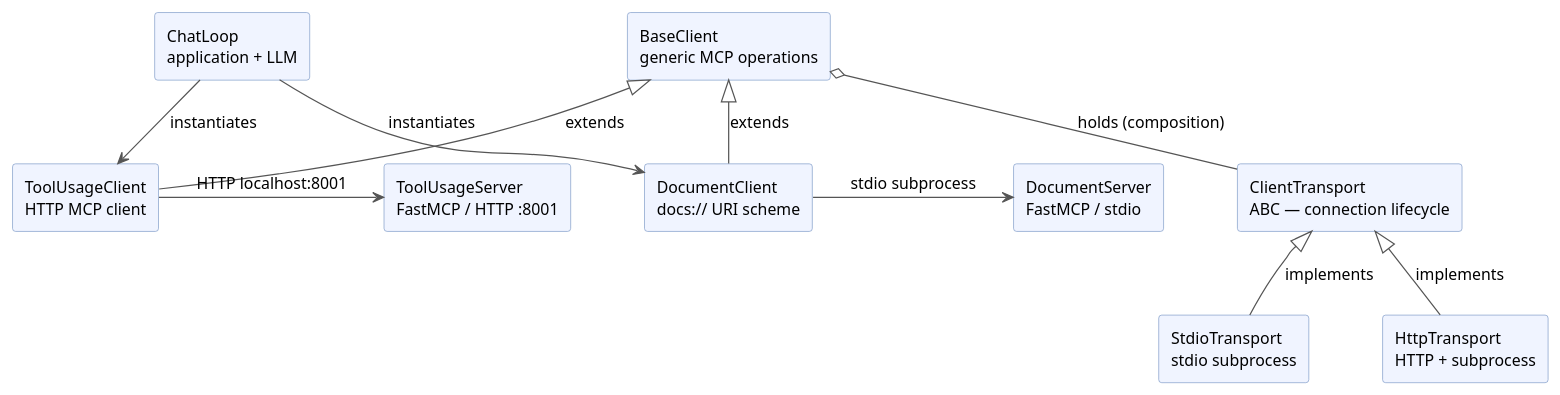
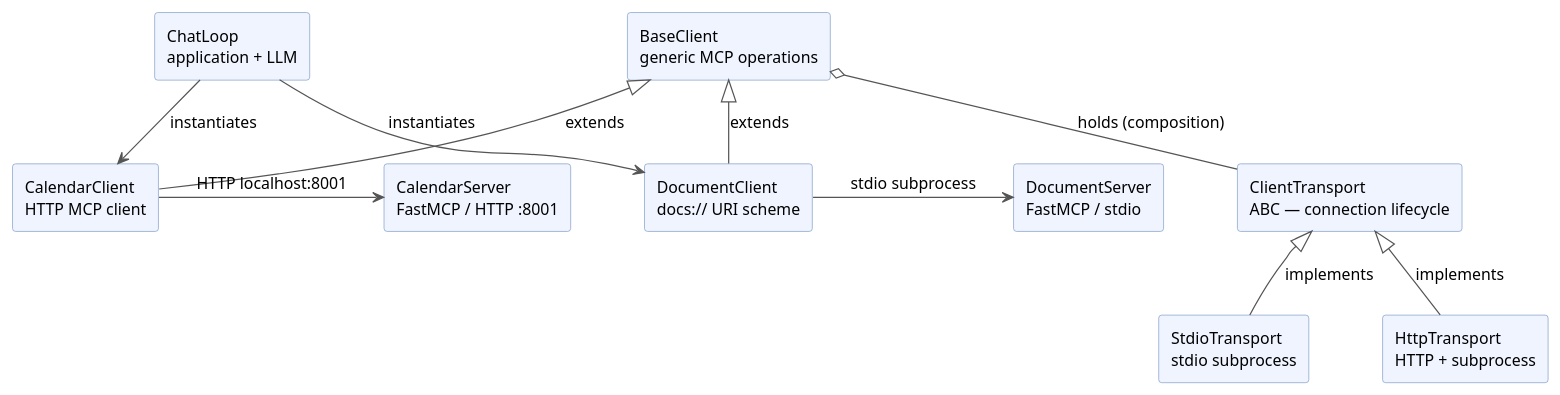
The diagram in diagrams/mcp-architecture.puml (lzfelix/building-with-claude), drawn with PlantUML before and after one commit. The commit also changed 7 other files, not shown here.

Commit message:
refactor:Rename tool_usage_{client,server} to calendar_{client,server}

```diff
--- a/diagrams/mcp-architecture.puml
+++ b/diagrams/mcp-architecture.puml
@@ -1,33 +1,33 @@
 @startuml mcp-architecture
 skinparam backgroundColor white
 skinparam defaultFontSize 13
 skinparam ArrowColor #555555
 skinparam nodesep 60
 skinparam ranksep 50
 
 skinparam rectangle {
     BackgroundColor #F0F4FF
     BorderColor #7090C0
 }
 
 rectangle "ClientTransport\nABC — connection lifecycle" as transport
 rectangle "StdioTransport\nstdio subprocess" as stdio_transport
 rectangle "HttpTransport\nHTTP + subprocess" as http_transport
 rectangle "BaseClient\ngeneric MCP operations" as base
 rectangle "DocumentClient\ndocs:// URI scheme" as docclient
 rectangle "DocumentServer\nFastMCP / stdio" as docserver
-rectangle "ToolUsageClient\nHTTP MCP client" as toolclient
-rectangle "ToolUsageServer\nFastMCP / HTTP :8001" as toolserver
+rectangle "CalendarClient\nHTTP MCP client" as toolclient
+rectangle "CalendarServer\nFastMCP / HTTP :8001" as toolserver
 rectangle "ChatLoop\napplication + LLM" as chat
 
 transport <|-- stdio_transport   : implements
 transport <|-- http_transport    : implements
 base       o-- transport         : holds (composition)
 base      <|-- docclient         : extends
 base      <|-- toolclient        : extends
 chat      -down-> docclient      : instantiates
 chat      -down-> toolclient     : instantiates
 docclient -right-> docserver     : stdio subprocess
 toolclient -right-> toolserver   : HTTP localhost:8001
 
 @enduml
```
